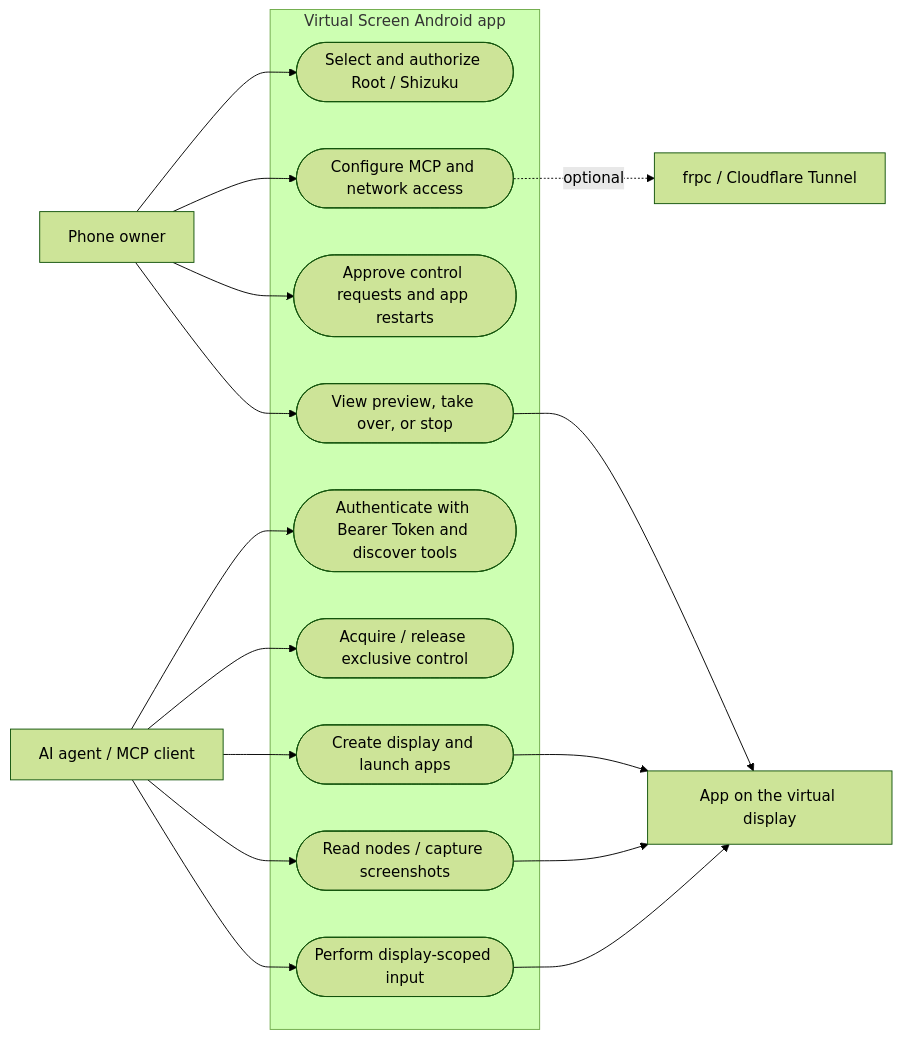
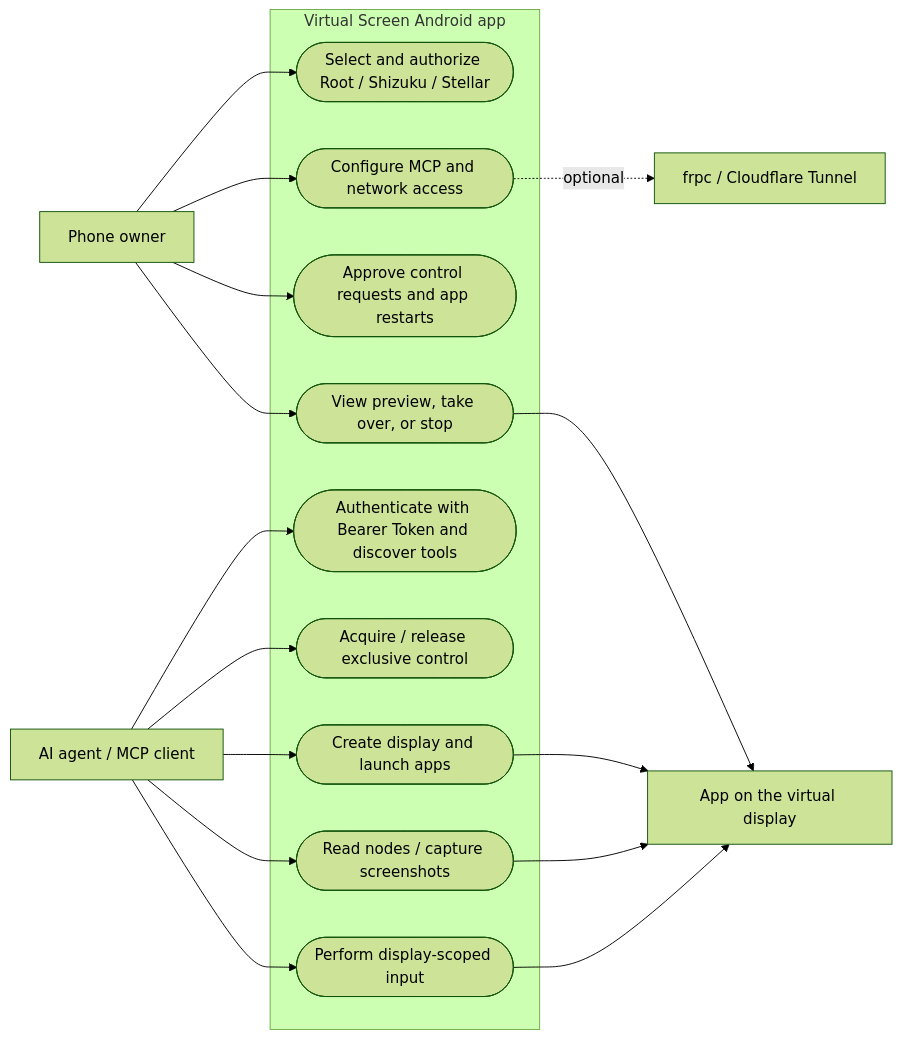
Before and after one commit to lejw0925/android-virtual-screen: the first of 2 diagrams in README.en.md, drawn with Mermaid (forest theme). The commit also changed other lines of this file and 5 other files, not shown here.

````diff
--- a/README.en.md
+++ b/README.en.md
@@ -67,30 +68,30 @@
 ```mermaid
 flowchart LR
     owner[Phone owner]
     agent[AI agent / MCP client]
     subgraph app[Virtual Screen Android app]
-        authorize([Select and authorize Root / Shizuku])
+        authorize([Select and authorize Root / Shizuku / Stellar])
         configure([Configure MCP and network access])
         approve([Approve control requests and app restarts])
         takeover([View preview, take over, or stop])
         authenticate([Authenticate with Bearer Token and discover tools])
         lease([Acquire / release exclusive control])
         manage([Create display and launch apps])
         observe([Read nodes / capture screenshots])
         operate([Perform display-scoped input])
     end
     owner --> authorize
     owner --> configure
     owner --> approve
     owner --> takeover
     agent --> authenticate
     agent --> lease
     agent --> manage
     agent --> observe
     agent --> operate
     configure -. optional .-> tunnel[frpc / Cloudflare Tunnel]
     takeover --> display[App on the virtual display]
     manage --> display
     observe --> display
     operate --> display
 ```
````
